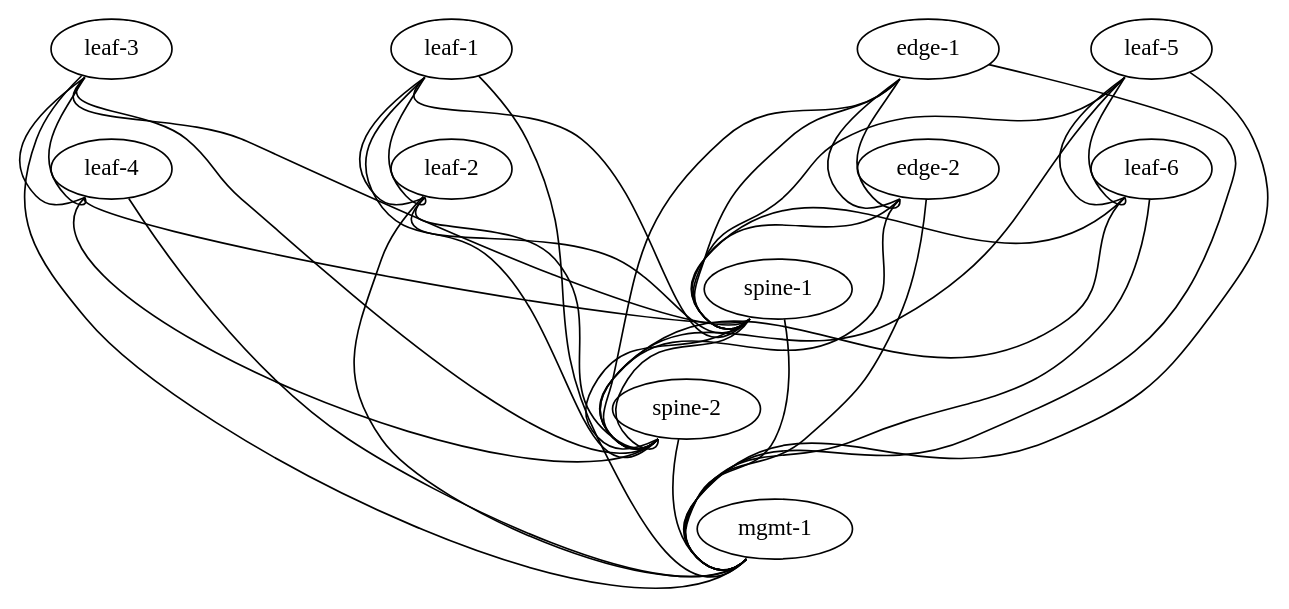
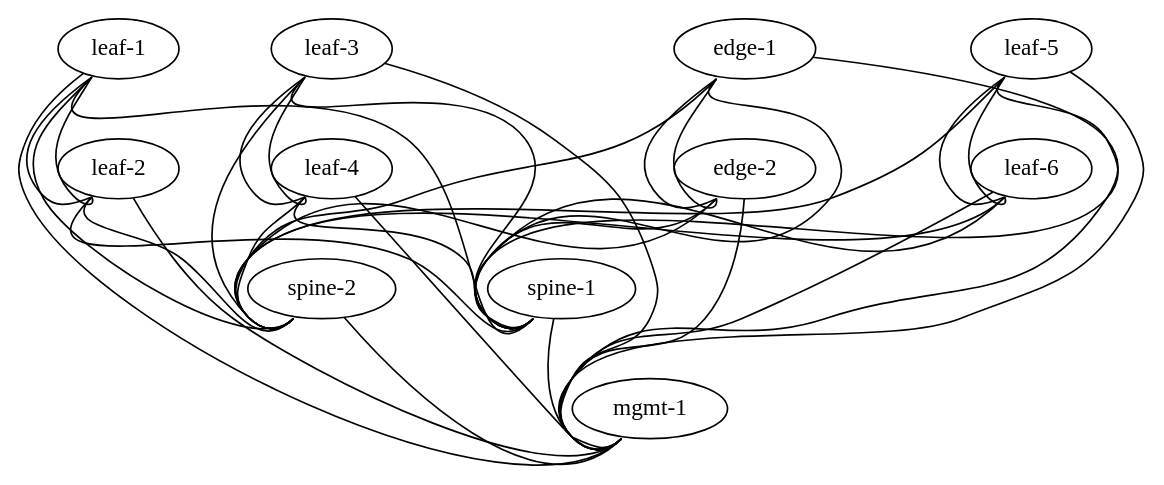
One commit to berndonline/cumulus-lab-vagrant changed the diagram in topology-staging.dot. Above: the diagram before and after it, drawn with Graphviz. The commit also changed 1 other file, not shown here.

```diff
--- a/topology-staging.dot
+++ b/topology-staging.dot
@@ -1,55 +1,53 @@
 graph vx {
  "leaf-1" [function="leaf" vagrant="eth1" as="CumulusCommunity/cumulus-vx" version="3.4.3" memory="512" config="./helper_scripts/config_staging_switch.sh" ]
  "leaf-2" [function="leaf" vagrant="eth1" os="CumulusCommunity/cumulus-vx" version="3.4.3" memory="512" config="./helper_scripts/config_staging_switch.sh" ]
  "leaf-3" [function="leaf" vagrant="eth1" os="CumulusCommunity/cumulus-vx" version="3.4.3" memory="512" config="./helper_scripts/config_staging_switch.sh" ]
  "leaf-4" [function="leaf" vagrant="eth1" os="CumulusCommunity/cumulus-vx" version="3.4.3" memory="512" config="./helper_scripts/config_staging_switch.sh" ]
  "leaf-5" [function="leaf" vagrant="eth1" os="CumulusCommunity/cumulus-vx" version="3.4.3" memory="512" config="./helper_scripts/config_staging_switch.sh" ]
  "leaf-6" [function="leaf" vagrant="eth1" os="CumulusCommunity/cumulus-vx" version="3.4.3" memory="512" config="./helper_scripts/config_staging_switch.sh" ]
  "spine-1" [function="spine" vagrant="eth1" os="CumulusCommunity/cumulus-vx" version="3.4.3" memory="512" config="./helper_scripts/config_staging_switch.sh" ]
  "spine-2" [function="spine" vagrant="eth1" os="CumulusCommunity/cumulus-vx" version="3.4.3" memory="512" config="./helper_scripts/config_staging_switch.sh" ]
  "edge-1" [function="edge" vagrant="eth1" os="CumulusCommunity/cumulus-vx" version="3.4.3" memory="512" config="./helper_scripts/config_staging_switch.sh" ]
  "edge-2" [function="edge" vagrant="eth1" os="CumulusCommunity/cumulus-vx" version="3.4.3" memory="512" config="./helper_scripts/config_staging_switch.sh" ]
  "mgmt-1" [function="mgmt" vagrant="eth1" os="CumulusCommunity/cumulus-vx" version="3.4.3" memory="512" config="./helper_scripts/config_mgmt_staging_switch.sh" ]
 
  "leaf-1":"swp51" -- "spine-1":"swp1"
  "leaf-2":"swp51" -- "spine-1":"swp2"
  "leaf-3":"swp51" -- "spine-1":"swp3"
  "leaf-4":"swp51" -- "spine-1":"swp4"
  "leaf-5":"swp51" -- "spine-1":"swp5"
  "leaf-6":"swp51" -- "spine-1":"swp6"
  "leaf-1":"swp52" -- "spine-2":"swp1"
  "leaf-2":"swp52" -- "spine-2":"swp2"
  "leaf-3":"swp52" -- "spine-2":"swp3"
  "leaf-4":"swp52" -- "spine-2":"swp4"
  "leaf-5":"swp52" -- "spine-2":"swp5"
  "leaf-6":"swp52" -- "spine-2":"swp6"
 
  "leaf-1":"swp53" -- "leaf-2":"swp53"
  "leaf-1":"swp54" -- "leaf-2":"swp54"
  "leaf-3":"swp53" -- "leaf-4":"swp53"
  "leaf-3":"swp54" -- "leaf-4":"swp54"
  "leaf-5":"swp53" -- "leaf-6":"swp53"
  "leaf-5":"swp54" -- "leaf-6":"swp54"
 
- "spine-1":"swp53" -- "spine-2":"swp53"
- "spine-1":"swp54" -- "spine-2":"swp54"
  "edge-1":"swp53" -- "edge-2":"swp53"
  "edge-1":"swp54" -- "edge-2":"swp54"
 
  "edge-1":"swp51" -- "spine-1":"swp51"
  "edge-1":"swp52" -- "spine-2":"swp51"
  "edge-2":"swp51" -- "spine-1":"swp52"
  "edge-2":"swp52" -- "spine-2":"swp52"
 
 
  "leaf-1":"eth0" -- "mgmt-1":"swp1" [left_mac="a0:00:00:00:00:11"]
  "leaf-2":"eth0" -- "mgmt-1":"swp2" [left_mac="a0:00:00:00:00:12"]
  "leaf-3":"eth0" -- "mgmt-1":"swp3" [left_mac="a0:00:00:00:00:13"]
  "leaf-4":"eth0" -- "mgmt-1":"swp4" [left_mac="a0:00:00:00:00:14"]
  "leaf-5":"eth0" -- "mgmt-1":"swp5" [left_mac="a0:00:00:00:00:15"]
  "leaf-6":"eth0" -- "mgmt-1":"swp6" [left_mac="a0:00:00:00:00:16"]
  "spine-1":"eth0" -- "mgmt-1":"swp7" [left_mac="a0:00:00:00:00:21"]
  "spine-2":"eth0" -- "mgmt-1":"swp8" [left_mac="a0:00:00:00:00:22"]
  "edge-1":"eth0" -- "mgmt-1":"swp9" [left_mac="a0:00:00:00:00:41"]
  "edge-2":"eth0" -- "mgmt-1":"swp10" [left_mac="a0:00:00:00:00:42"]
 }
```
